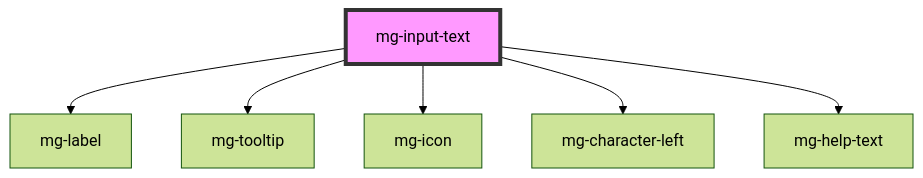
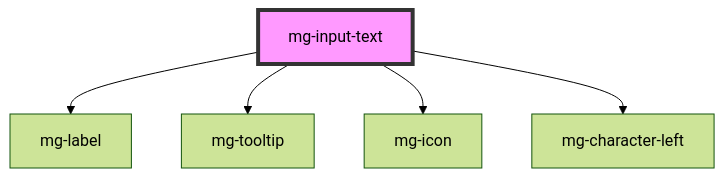
One commit to MGDIS/mg-components changed the diagram in src/components/molecules/inputs/mg-input-text/readme.md. Above: the diagram before and after it, drawn with Mermaid (forest theme). The commit also changed other lines of this file and 26 other files, not shown here.

First line of the commit message:
style(mg-input): improve Accessibility / Remove mg-help-text / Define style

````diff
--- a/src/components/molecules/inputs/mg-input-text/readme.md
+++ b/src/components/molecules/inputs/mg-input-text/readme.md
@@ -49,9 +48,8 @@
 ```mermaid
 graph TD;
   mg-input-text --> mg-label
   mg-input-text --> mg-tooltip
   mg-input-text --> mg-icon
   mg-input-text --> mg-character-left
-  mg-input-text --> mg-help-text
   style mg-input-text fill:#f9f,stroke:#333,stroke-width:4px
 ```
````
